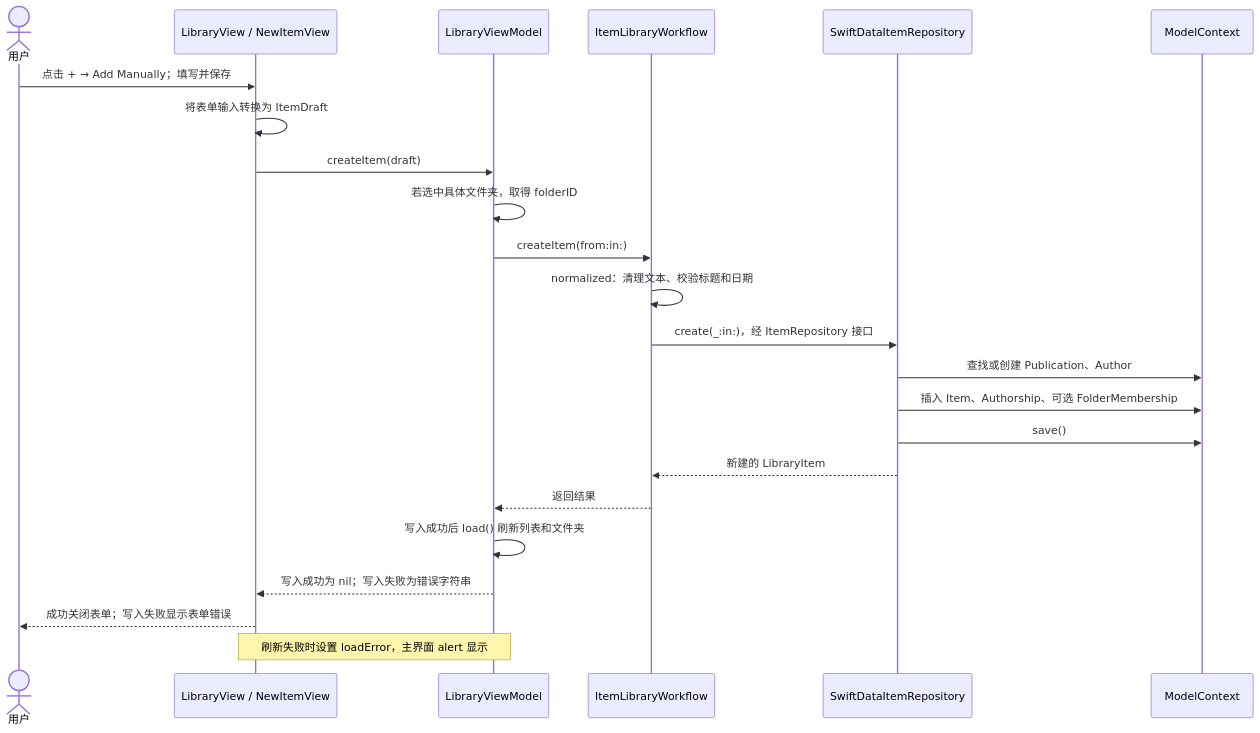
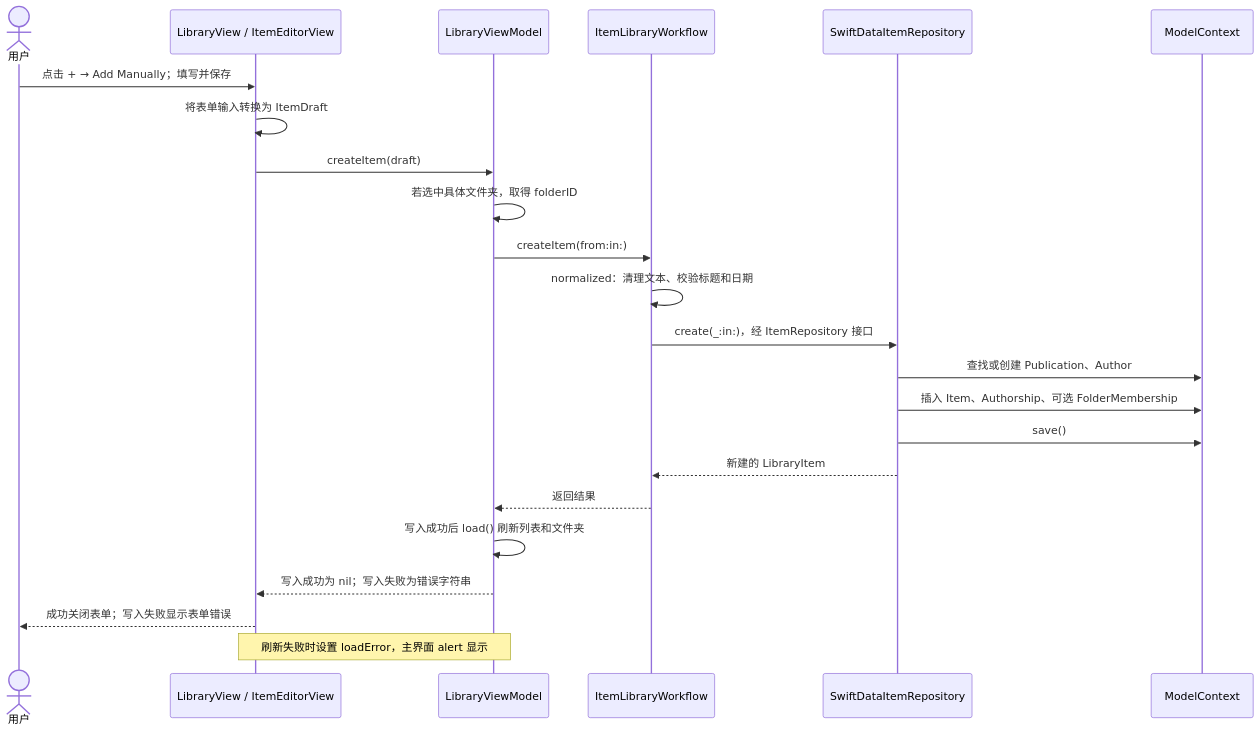
The fourth of 7 diagrams in ARCHITECTURE.md (haifeng-dai/Refolio), drawn with Mermaid before and after one commit. The commit also changed other lines of this file and 18 other files, not shown here.

First line of the commit message:
feat: add DOI import and reusable item editor

````diff
--- a/ARCHITECTURE.md
+++ b/ARCHITECTURE.md
@@ -263,25 +270,25 @@
 ```mermaid
 sequenceDiagram
     actor User as 用户
-    participant UI as LibraryView / NewItemView
+    participant UI as LibraryView / ItemEditorView
     participant VM as LibraryViewModel
     participant WF as ItemLibraryWorkflow
     participant Repo as SwiftDataItemRepository
     participant DB as ModelContext
     User->>UI: 点击 + → Add Manually；填写并保存
     UI->>UI: 将表单输入转换为 ItemDraft
     UI->>VM: createItem(draft)
     VM->>VM: 若选中具体文件夹，取得 folderID
     VM->>WF: createItem(from:in:)
     WF->>WF: normalized：清理文本、校验标题和日期
     WF->>Repo: create(_:in:)，经 ItemRepository 接口
     Repo->>DB: 查找或创建 Publication、Author
     Repo->>DB: 插入 Item、Authorship、可选 FolderMembership
     Repo->>DB: save()
     Repo-->>WF: 新建的 LibraryItem
     WF-->>VM: 返回结果
     VM->>VM: 写入成功后 load() 刷新列表和文件夹
     VM-->>UI: 写入成功为 nil；写入失败为错误字符串
     UI-->>User: 成功关闭表单；写入失败显示表单错误
     Note over UI,VM: 刷新失败时设置 loadError，主界面 alert 显示
 ```
````
